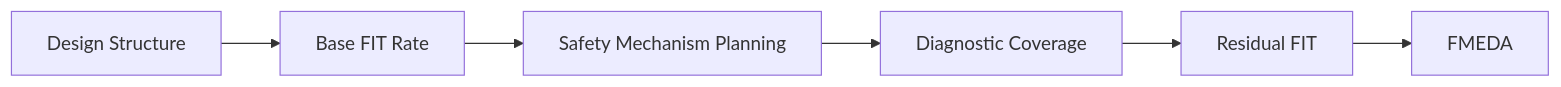
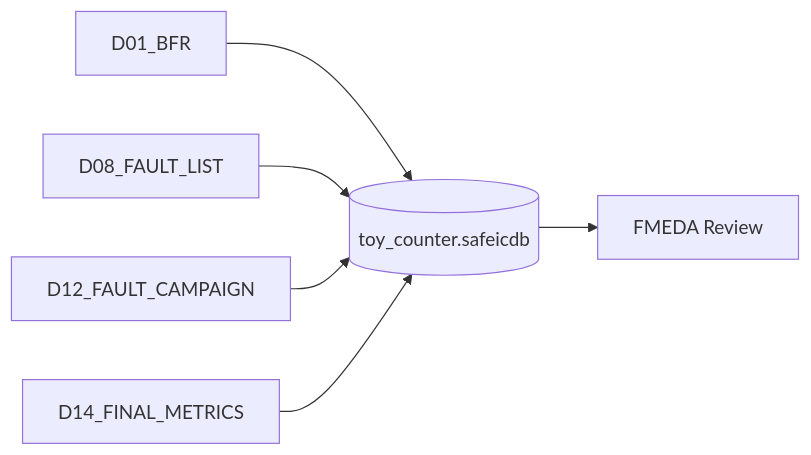
The second of 4 diagrams in articles/01_automotive_safeic_practice_d01_github_en_revised.md (qiqixixi1001/automotive-safeic-practice), drawn with Mermaid before and after one commit. The commit also changed other lines of this file, not shown here.

````diff
--- a/articles/01_automotive_safeic_practice_d01_github_en_revised.md
+++ b/articles/01_automotive_safeic_practice_d01_github_en_revised.md
@@ -618,8 +784,8 @@
 ```mermaid
 flowchart LR
-    A[Design Structure] --> B[Base FIT Rate]
-    B --> C[Safety Mechanism Planning]
-    C --> D[Diagnostic Coverage]
-    D --> E[Residual FIT]
-    E --> F[FMEDA]
+    A[D01_BFR] --> DB[(toy_counter.safeicdb)]
+    B[D08_FAULT_LIST] --> DB
+    C[D12_FAULT_CAMPAIGN] --> DB
+    D[D14_FINAL_METRICS] --> DB
+    DB --> E[FMEDA Review]
 ```
````
